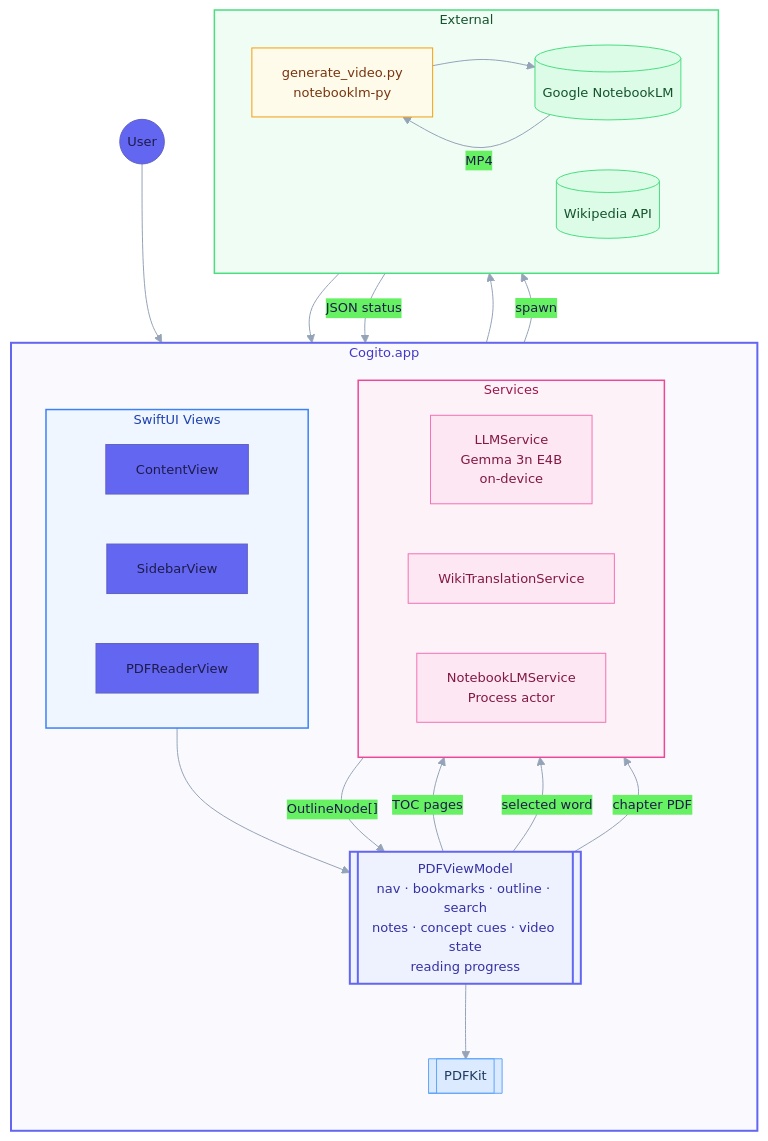
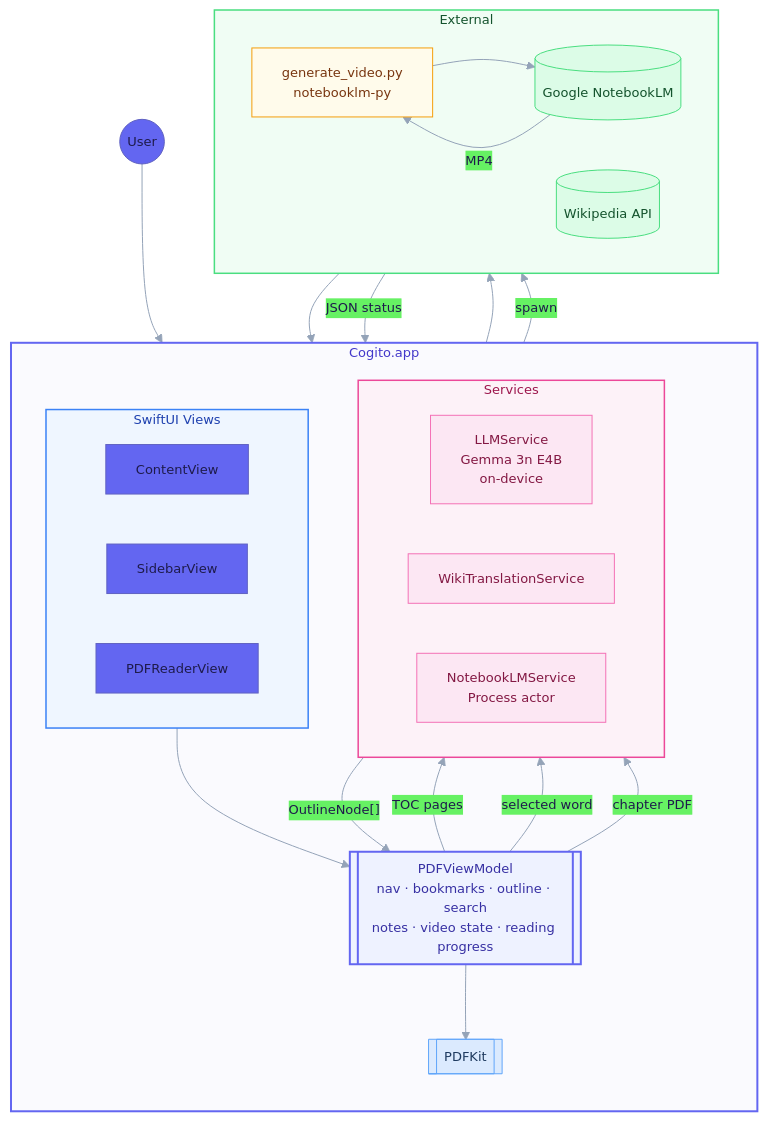
One commit to shkao/cogito changed the diagram in README.md. Above: the diagram before and after it, drawn with Mermaid. The commit also changed other lines of this file and 5 other files, not shown here.

First line of the commit message:
refactor: remove Feynman concept cues, fix video icon placement

````diff
--- a/README.md
+++ b/README.md
@@ -37,64 +25,64 @@
 ```mermaid
 %%{init:{'theme':'base','themeVariables':{'primaryColor':'#6366f1','primaryTextColor':'#1e1b4b','lineColor':'#94a3b8','fontSize':'13px'}}}%%
 graph TD
     User(("User"))
 
     subgraph App[" Cogito.app "]
         direction TB
 
         subgraph Views[" SwiftUI Views "]
             direction LR
             CV["ContentView"]
             SB["SidebarView"]
             PR["PDFReaderView"]
         end
 
-        VM[["PDFViewModel\nnav · bookmarks · outline · search\nnotes · concept cues · video state\nreading progress"]]
+        VM[["PDFViewModel\nnav · bookmarks · outline · search\nnotes · video state · reading progress"]]
 
         PDFKit[["PDFKit"]]
 
         subgraph Svc[" Services "]
             direction LR
             LLM["LLMService\nGemma 3n E4B\non-device"]
             WTS["WikiTranslationService"]
             NLM["NotebookLMService\nProcess actor"]
         end
     end
 
     subgraph Ext[" External "]
         direction LR
         PY["generate_video.py\nnotebooklm-py"]
         Wiki[("Wikipedia API")]
         NLMAPI[("Google NotebookLM")]
     end
 
     User --> Views
     Views --> VM
     VM --> PDFKit
 
     VM -- "TOC pages" --> LLM
     LLM -- "OutlineNode[]" --> VM
 
     VM -- "selected word" --> WTS
     WTS --> Wiki
     Wiki --> WTS
 
     VM -- "chapter PDF" --> NLM
     NLM -- "spawn" --> PY
     PY --> NLMAPI
     NLMAPI -- "MP4" --> PY
     PY -- "JSON status" --> NLM
 
     style App fill:#fafafe,stroke:#6366f1,stroke-width:2px,color:#4338ca
     style Views fill:#eff6ff,stroke:#3b82f6,stroke-width:1.5px,color:#1e40af
     style Svc fill:#fdf2f8,stroke:#ec4899,stroke-width:1.5px,color:#9d174d
     style Ext fill:#f0fdf4,stroke:#4ade80,stroke-width:1.5px,color:#14532d
     style VM fill:#eef2ff,stroke:#6366f1,stroke-width:2px,color:#3730a3
     style PDFKit fill:#dbeafe,stroke:#60a5fa,color:#1e3a5f
     style LLM fill:#fce7f3,stroke:#f472b6,color:#831843
     style WTS fill:#fce7f3,stroke:#f472b6,color:#831843
     style NLM fill:#fce7f3,stroke:#f472b6,color:#831843
     style PY fill:#fffbeb,stroke:#f59e0b,color:#78350f
     style Wiki fill:#dcfce7,stroke:#4ade80,color:#14532d
     style NLMAPI fill:#dcfce7,stroke:#4ade80,color:#14532d
 ```
````
